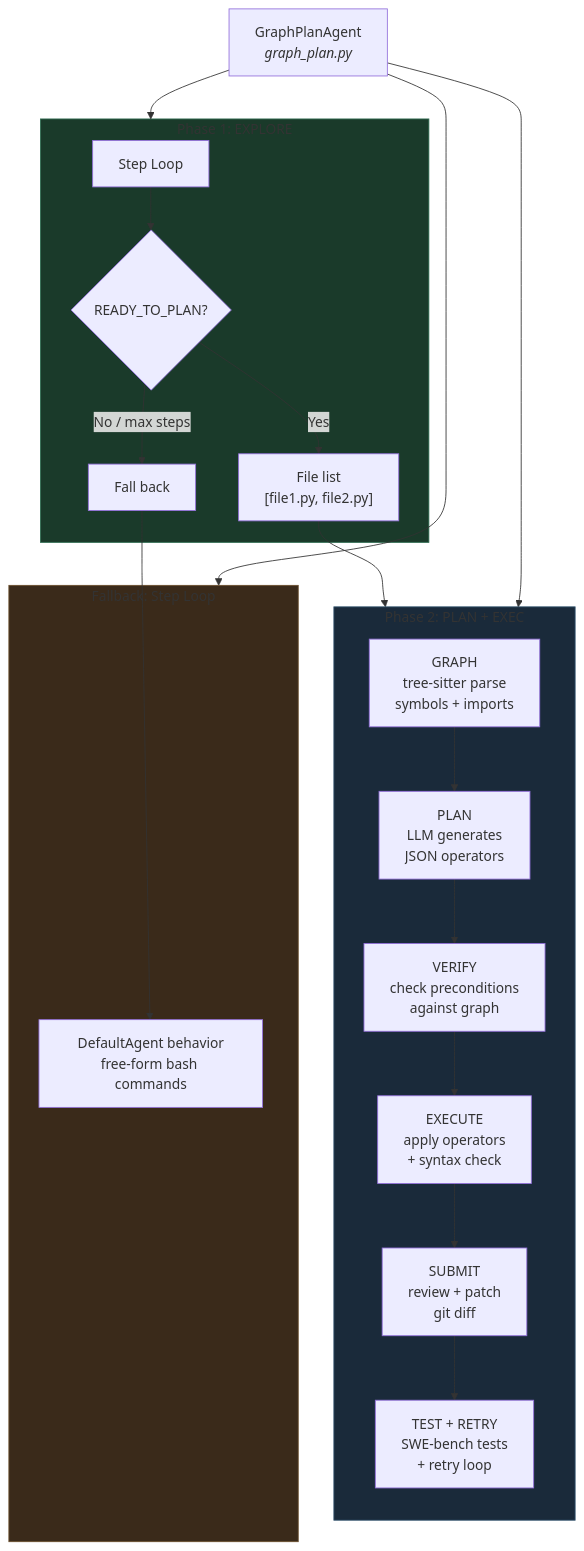
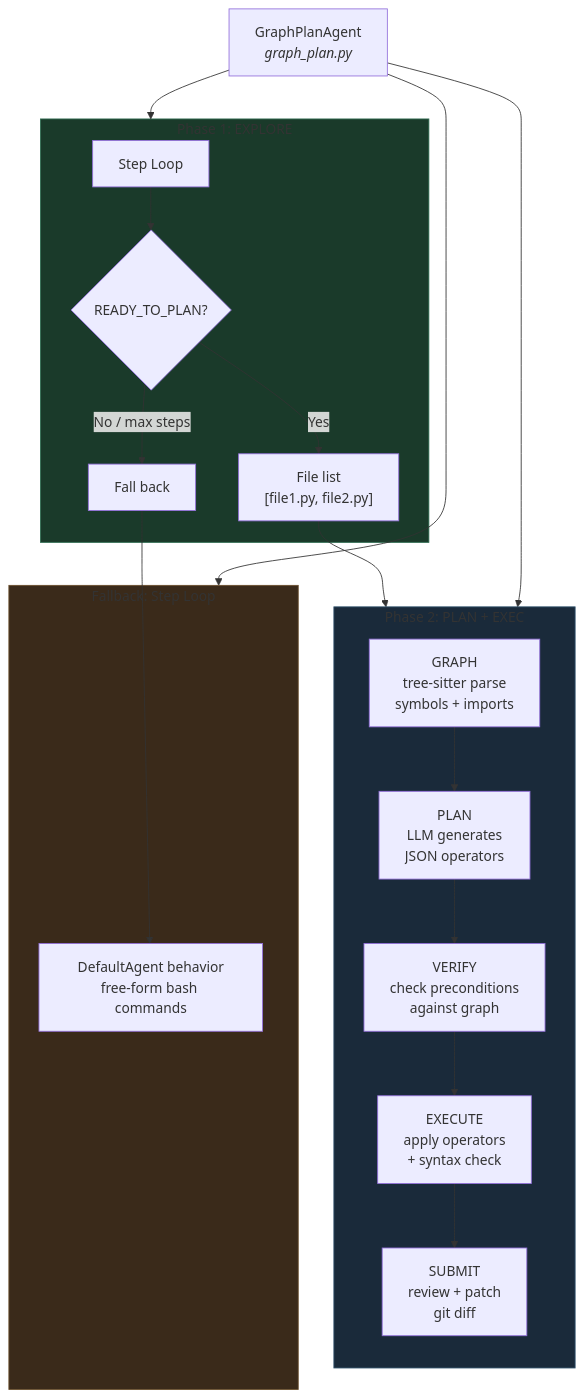
Before and after one commit to toreleon/graph-transform-agent: the first of 16 diagrams in _bmad-output/research/graphplan-architecture.md, drawn with Mermaid. The commit also changed other lines of this file and 4 other files, not shown here.

First line of the commit message:
Remove in-agent SWE-bench test evaluation to prevent cheating

````diff
--- a/_bmad-output/research/graphplan-architecture.md
+++ b/_bmad-output/research/graphplan-architecture.md
@@ -18,37 +17,36 @@
 ```mermaid
 graph TB
     Agent[GraphPlanAgent<br/><i>graph_plan.py</i>]
 
     Agent --> Explore
     Agent --> PlanExec
     Agent --> Fallback
 
     subgraph Explore ["Phase 1: EXPLORE"]
         E1[Step Loop] --> E2{READY_TO_PLAN?}
         E2 -->|Yes| E3["File list<br/>[file1.py, file2.py]"]
         E2 -->|No / max steps| FallbackRef[Fall back]
     end
 
     subgraph PlanExec ["Phase 2: PLAN + EXEC"]
         direction TB
         Graph["GRAPH<br/>tree-sitter parse<br/>symbols + imports"]
         Plan["PLAN<br/>LLM generates<br/>JSON operators"]
         Verify["VERIFY<br/>check preconditions<br/>against graph"]
         Exec["EXECUTE<br/>apply operators<br/>+ syntax check"]
         Submit["SUBMIT<br/>review + patch<br/>git diff"]
-        Test["TEST + RETRY<br/>SWE-bench tests<br/>+ retry loop"]
 
-        Graph --> Plan --> Verify --> Exec --> Submit --> Test
+        Graph --> Plan --> Verify --> Exec --> Submit
     end
 
     subgraph Fallback ["Fallback: Step Loop"]
         FB1[DefaultAgent behavior<br/>free-form bash commands]
     end
 
     E3 --> Graph
     FallbackRef --> FB1
 
     style Explore fill:#1a3a2a,stroke:#2d6a4f
     style PlanExec fill:#1a2a3a,stroke:#2d4f6a
     style Fallback fill:#3a2a1a,stroke:#6a4f2d
 ```
````
